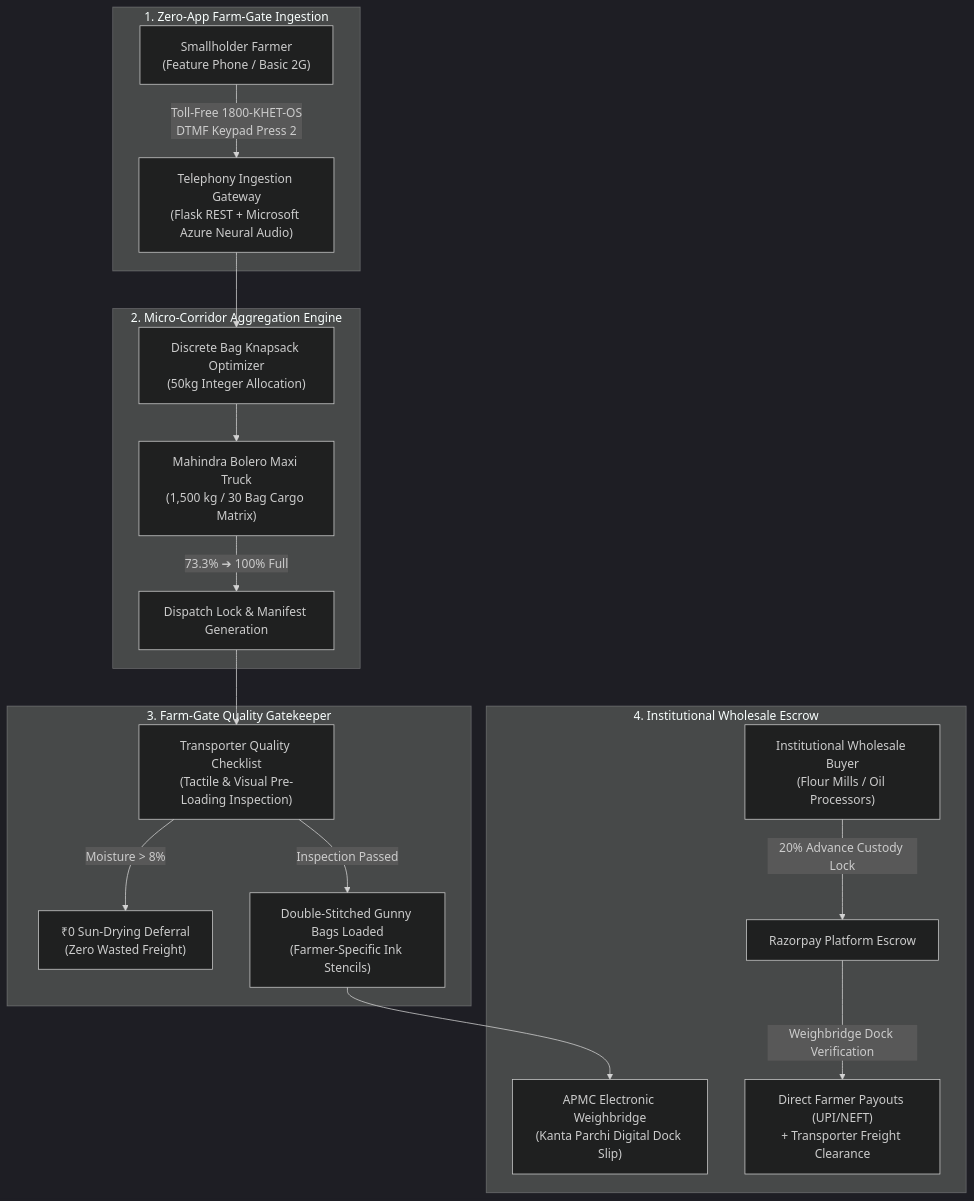
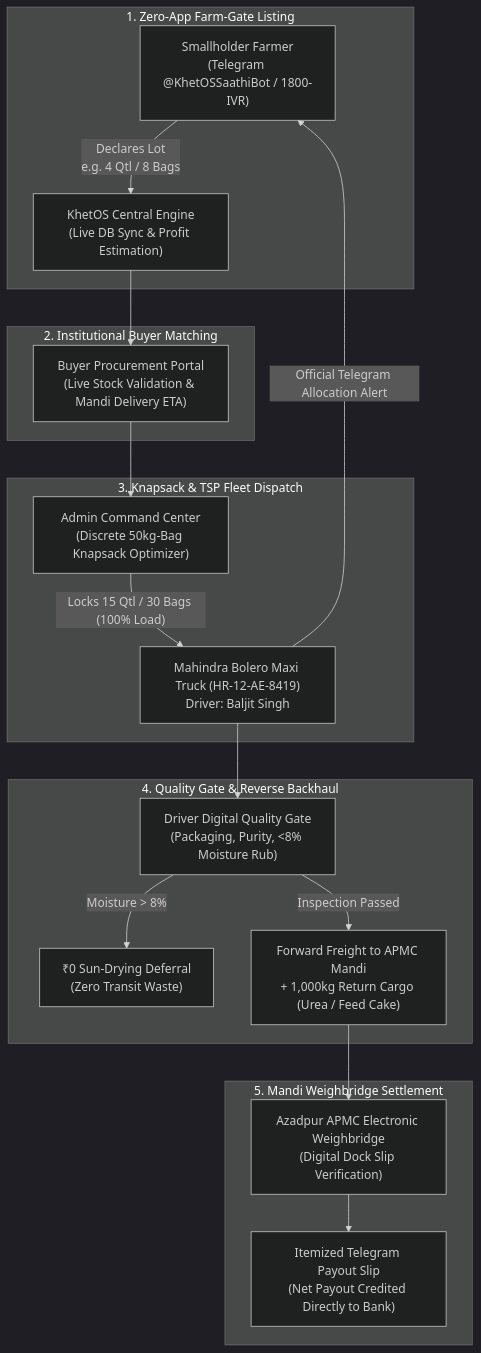
The diagram in README.md (Mohitgirigoswami/hack-iiitd), drawn with Mermaid (dark theme) before and after one commit. The commit also changed other lines of this file and 2 other files, not shown here.

Commit message:
fix(driver-view): add missing Building2 icon import from lucide-react and polish README submission docs

````diff
--- a/README.md
+++ b/README.md
@@ -43,24 +78,27 @@
 ```mermaid
 flowchart TD
-    subgraph S1["1. Zero-App Farm-Gate Ingestion"]
-        A["Smallholder Farmer<br/>(Feature Phone / Basic 2G)"] -->|"Toll-Free 1800-KHET-OS<br/>DTMF Keypad Press 2"| B["Telephony Ingestion Gateway<br/>(Flask REST + Microsoft Azure Neural Audio)"]
+    subgraph S1["1. Zero-App Farm-Gate Listing"]
+        A["Smallholder Farmer<br/>(Telegram @KhetOSSaathiBot / 1800-IVR)"] -->|"Declares Lot<br/>e.g. 4 Qtl / 8 Bags"| B["KhetOS Central Engine<br/>(Live DB Sync & Profit Estimation)"]
     end
 
-    subgraph S2["2. Micro-Corridor Aggregation Engine"]
-        B --> C["Discrete Bag Knapsack Optimizer<br/>(50kg Integer Allocation)"]
-        C --> D["Mahindra Bolero Maxi Truck<br/>(1,500 kg / 30 Bag Cargo Matrix)"]
-        D -->|"73.3% ➔ 100% Full"| E["Dispatch Lock & Manifest Generation"]
+    subgraph S2["2. Institutional Buyer Matching"]
+        B --> C["Buyer Procurement Portal<br/>(Live Stock Validation & Mandi Delivery ETA)"]
     end
 
-    subgraph S3["3. Farm-Gate Quality Gatekeeper"]
-        E --> F["Transporter Quality Checklist<br/>(Tactile & Visual Pre-Loading Inspection)"]
-        F -->|"Moisture > 8%"| G["₹0 Sun-Drying Deferral<br/>(Zero Wasted Freight)"]
-        F -->|"Inspection Passed"| H["Double-Stitched Gunny Bags Loaded<br/>(Farmer-Specific Ink Stencils)"]
+    subgraph S3["3. Knapsack & TSP Fleet Dispatch"]
+        C --> D["Admin Command Center<br/>(Discrete 50kg-Bag Knapsack Optimizer)"]
+        D -->|"Locks 15 Qtl / 30 Bags (100% Load)"| E["Mahindra Bolero Maxi Truck (HR-12-AE-8419)<br/>Driver: Baljit Singh"]
+        E -->|"Official Telegram Allocation Alert"| A
     end
 
-    subgraph S4["4. Institutional Wholesale Escrow"]
-        H --> I["APMC Electronic Weighbridge<br/>(Kanta Parchi Digital Dock Slip)"]
-        J["Institutional Wholesale Buyer<br/>(Flour Mills / Oil Processors)"] -->|"20% Advance Custody Lock"| K["Razorpay Platform Escrow"]
-        K -->|"Weighbridge Dock Verification"| L["Direct Farmer Payouts (UPI/NEFT)<br/>+ Transporter Freight Clearance"]
+    subgraph S4["4. Quality Gate & Reverse Backhaul"]
+        E --> F["Driver Digital Quality Gate<br/>(Packaging, Purity, <8% Moisture Rub)"]
+        F -->|"Moisture > 8%"| G["₹0 Sun-Drying Deferral<br/>(Zero Transit Waste)"]
+        F -->|"Inspection Passed"| H["Forward Freight to APMC Mandi<br/>+ 1,000kg Return Cargo (Urea / Feed Cake)"]
+    end
+
+    subgraph S5["5. Mandi Weighbridge Settlement"]
+        H --> I["Azadpur APMC Electronic Weighbridge<br/>(Digital Dock Slip Verification)"]
+        I --> J["Itemized Telegram Payout Slip<br/>(Net Payout Credited Directly to Bank)"]
     end
 ```
````
